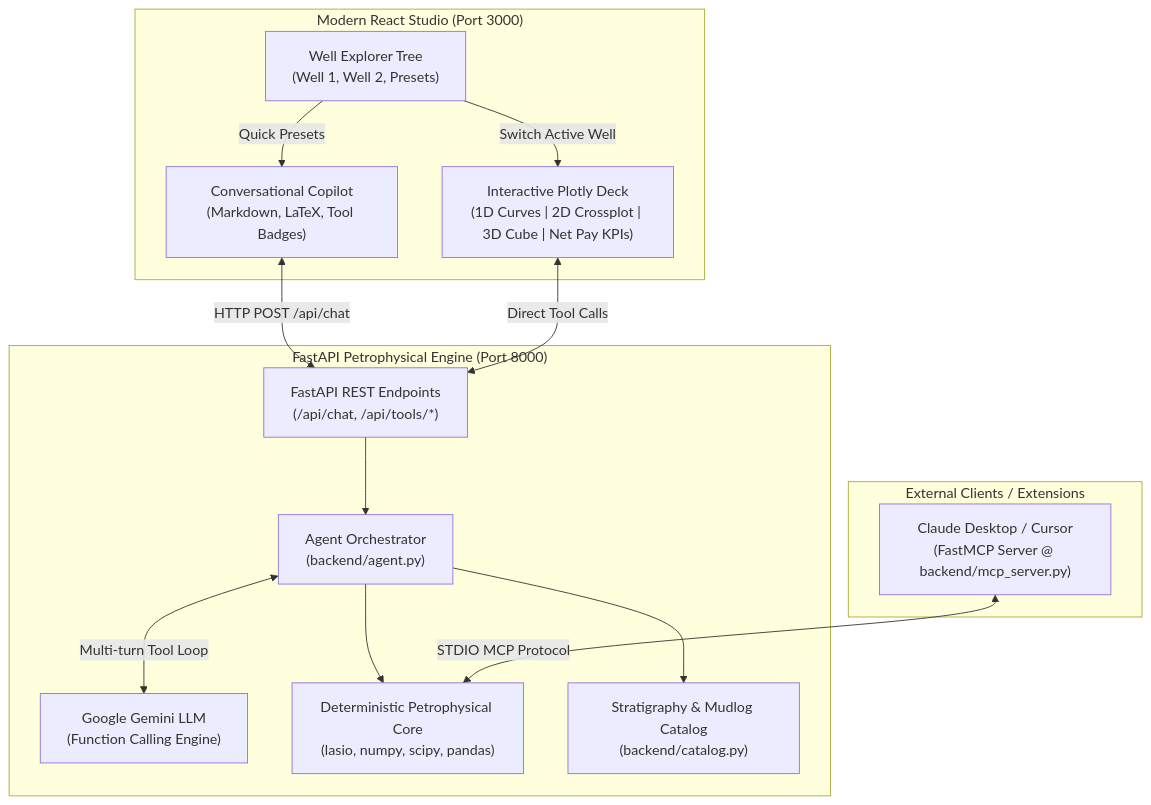
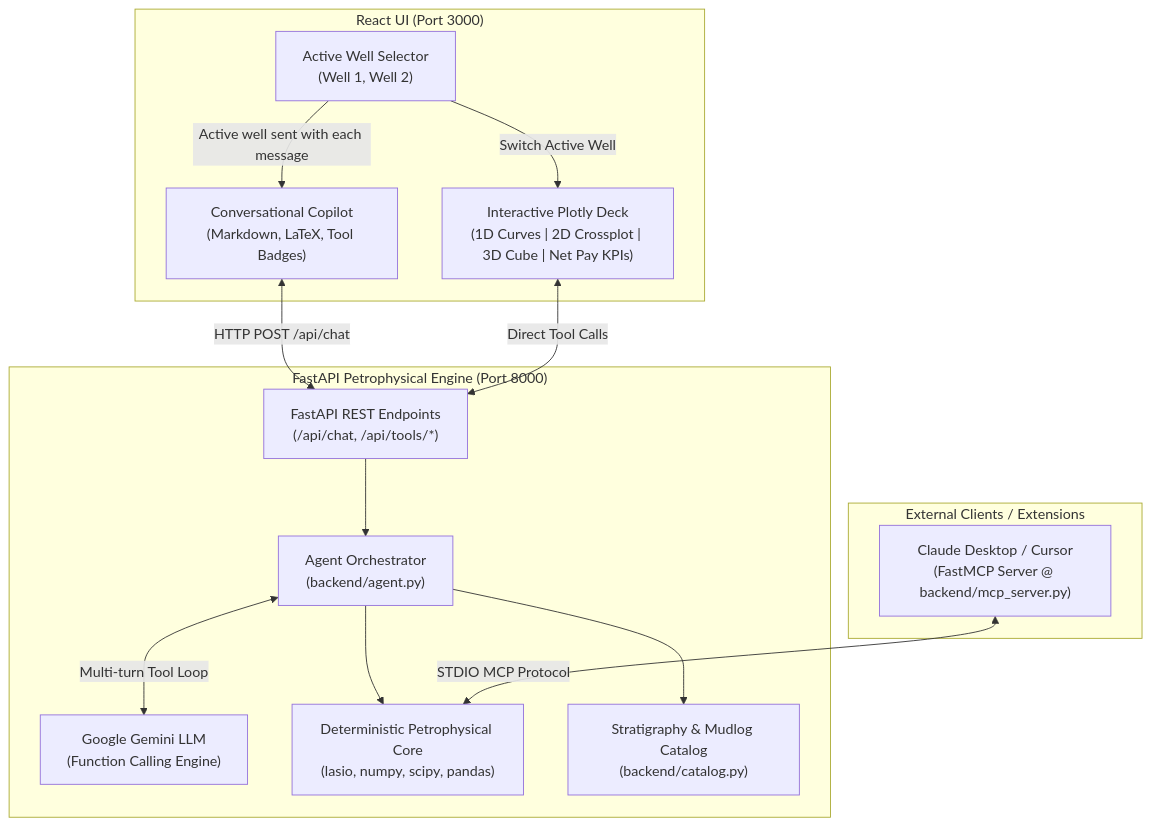
Before and after one commit to Ovar9000/Petrophysics-Copilot: the first of 2 diagrams in README.md, drawn with Mermaid. The commit also changed other lines of this file and 11 other files, not shown here.

````diff
--- a/README.md
+++ b/README.md
@@ -39,30 +39,30 @@
 ```mermaid
 flowchart TB
-    subgraph Frontend["Modern React Studio (Port 3000)"]
-        UI_Tree["Well Explorer Tree\n(Well 1, Well 2, Presets)"]
+    subgraph Frontend["React UI (Port 3000)"]
+        UI_Tree["Active Well Selector\n(Well 1, Well 2)"]
         UI_Chat["Conversational Copilot\n(Markdown, LaTeX, Tool Badges)"]
         UI_Deck["Interactive Plotly Deck\n(1D Curves | 2D Crossplot | 3D Cube | Net Pay KPIs)"]
     end
 
     subgraph Backend["FastAPI Petrophysical Engine (Port 8000)"]
         Router["FastAPI REST Endpoints\n(/api/chat, /api/tools/*)"]
         Orchestrator["Agent Orchestrator\n(backend/agent.py)"]
         GeminiAPI["Google Gemini LLM\n(Function Calling Engine)"]
         Engine["Deterministic Petrophysical Core\n(lasio, numpy, scipy, pandas)"]
         Catalog["Stratigraphy & Mudlog Catalog\n(backend/catalog.py)"]
     end
 
     subgraph External["External Clients / Extensions"]
         ClaudeDesktop["Claude Desktop / Cursor\n(FastMCP Server @ backend/mcp_server.py)"]
     end
 
     UI_Tree -->|Switch Active Well| UI_Deck
-    UI_Tree -->|Quick Presets| UI_Chat
+    UI_Tree -->|Active well sent with each message| UI_Chat
     UI_Chat <-->|HTTP POST /api/chat| Router
     UI_Deck <-->|Direct Tool Calls| Router
     Router --> Orchestrator
     Orchestrator <-->|Multi-turn Tool Loop| GeminiAPI
     Orchestrator --> Engine
     Orchestrator --> Catalog
     ClaudeDesktop <-->|STDIO MCP Protocol| Engine
 ```
````
